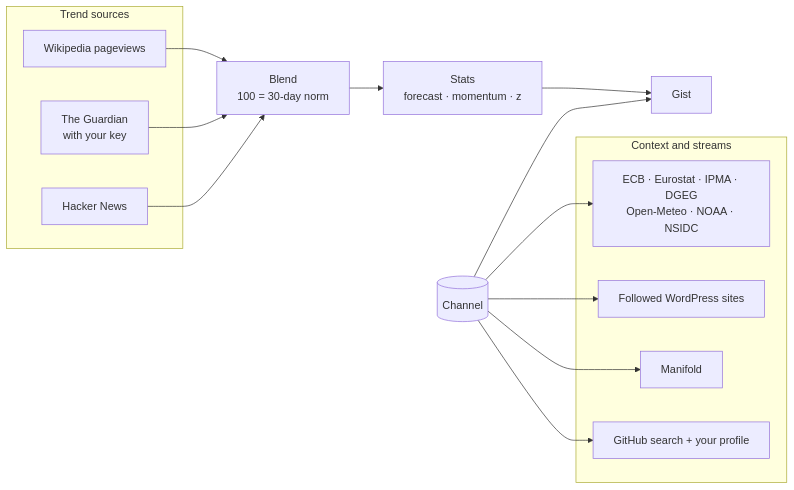
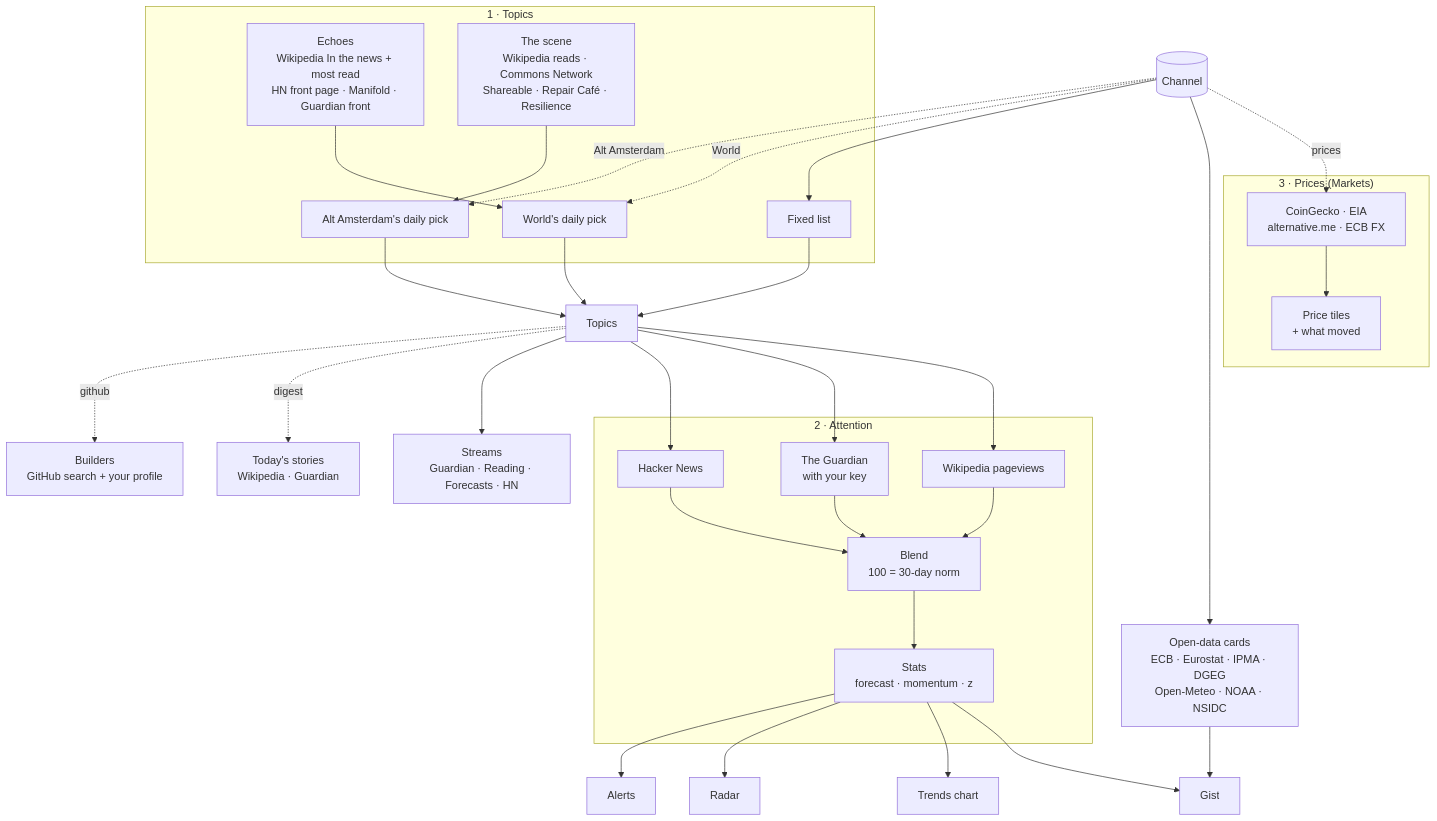
One commit to alex-quiterio/precog-trend-radar changed the diagram in README.md. Above: the diagram before and after it, drawn with Mermaid. The commit also changed other lines of this file, not shown here.

Commit message:
docs: How it works shows how a channel comes together

````diff
--- a/README.md
+++ b/README.md
@@ -152,16 +164,30 @@
 ```mermaid
-flowchart LR
-  subgraph Trend["Trend sources"]
-    W[Wikipedia pageviews]
-    G[The Guardian<br/>with your key]
-    H[Hacker News]
+flowchart TB
+  CH[(Channel)]
+
+  subgraph P1["1 · Topics"]
+    FX["Fixed list"]
+    EC["Echoes<br/>Wikipedia In the news + most read<br/>HN front page · Manifold · Guardian front"] --> HP["World's daily pick"]
+    SC["The scene<br/>Wikipedia reads · Commons Network<br/>Shareable · Repair Café · Resilience"] --> SP["Alt Amsterdam's daily pick"]
   end
-  subgraph Context["Context and streams"]
-    D[ECB · Eurostat · IPMA · DGEG<br/>Open-Meteo · NOAA · NSIDC]
-    R[Followed WordPress sites]
-    M[Manifold]
-    GH[GitHub search + your profile]
+  CH --> FX
+  CH -. World .-> HP
+  CH -. Alt Amsterdam .-> SP
+  FX & HP & SP --> T["Topics"]
+
+  subgraph P2["2 · Attention"]
+    W["Wikipedia pageviews"] & G["The Guardian<br/>with your key"] & H["Hacker News"] --> B["Blend<br/>100 = 30-day norm"] --> S["Stats<br/>forecast · momentum · z"]
   end
-  W & G & H --> B[Blend<br/>100 = 30-day norm] --> S[Stats<br/>forecast · momentum · z] --> GI[Gist]
-  CH[(Channel)] --> GI & D & R & M & GH
+  T --> W & G & H
+  S --> GI["Gist"] & TR["Trends chart"] & RA["Radar"] & AL["Alerts"]
+
+  subgraph P3["3 · Prices (Markets)"]
+    PR["CoinGecko · EIA<br/>alternative.me · ECB FX"] --> PT["Price tiles<br/>+ what moved"]
+  end
+  CH -. prices .-> PR
+
+  CH --> CA["Open-data cards<br/>ECB · Eurostat · IPMA · DGEG<br/>Open-Meteo · NOAA · NSIDC"] --> GI
+  T --> ST["Streams<br/>Guardian · Reading · Forecasts · HN"]
+  T -. digest .-> DG["Today's stories<br/>Wikipedia · Guardian"]
+  T -. github .-> GH["Builders<br/>GitHub search + your profile"]
 ```
````
